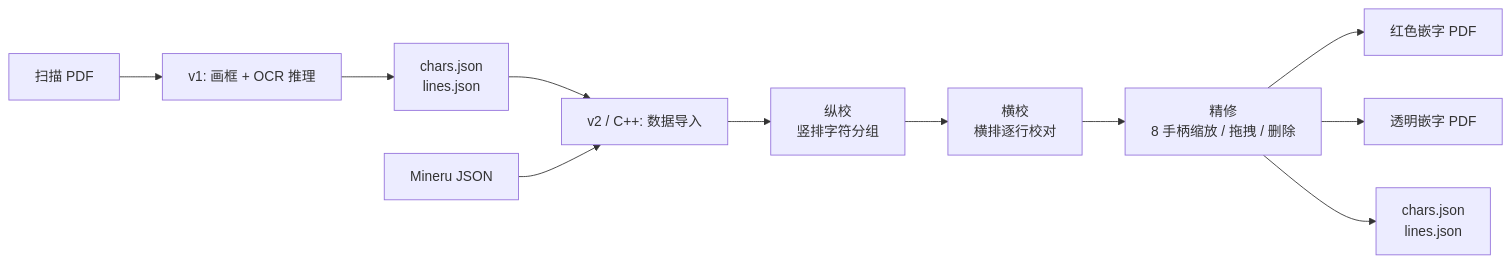
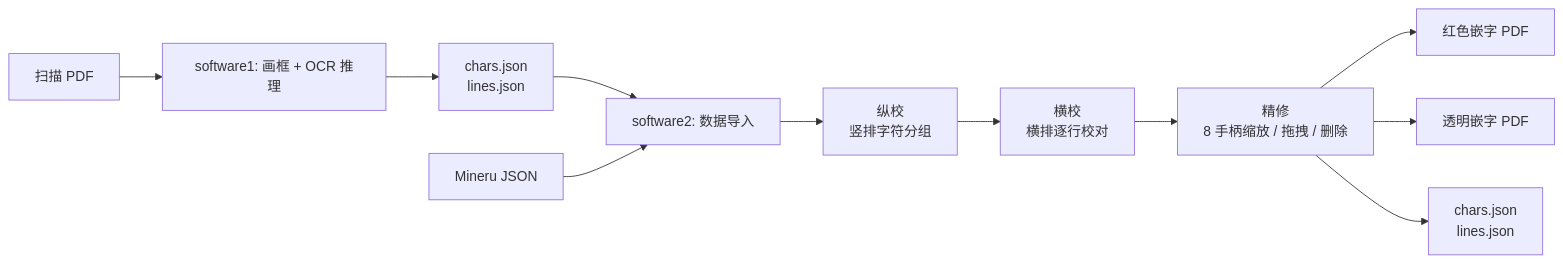
One commit to nirvanafaith/PDF-OCR changed the diagram in README.md. Above: the diagram before and after it, drawn with Mermaid. The commit also changed other lines of this file and 2 other files, not shown here.

````diff
--- a/README.md
+++ b/README.md
@@ -74,13 +63,13 @@
 ```mermaid
 flowchart LR
-    PDF[扫描 PDF] --> V1[v1: 画框 + OCR 推理]
+    PDF[扫描 PDF] --> V1[software1: 画框 + OCR 推理]
     V1 --> JSON1[chars.json<br/>lines.json]
-    JSON1 --> V2[v2 / C++: 数据导入]
+    JSON1 --> V2[software2: 数据导入]
     Mineru[Mineru JSON] --> V2
     V2 --> VC[纵校<br/>竖排字符分组]
     VC --> HC[横校<br/>横排逐行校对]
     HC --> RF[精修<br/>8 手柄缩放 / 拖拽 / 删除]
     RF --> Out1[红色嵌字 PDF]
     RF --> Out2[透明嵌字 PDF]
     RF --> Out3[chars.json<br/>lines.json]
 ```
````
